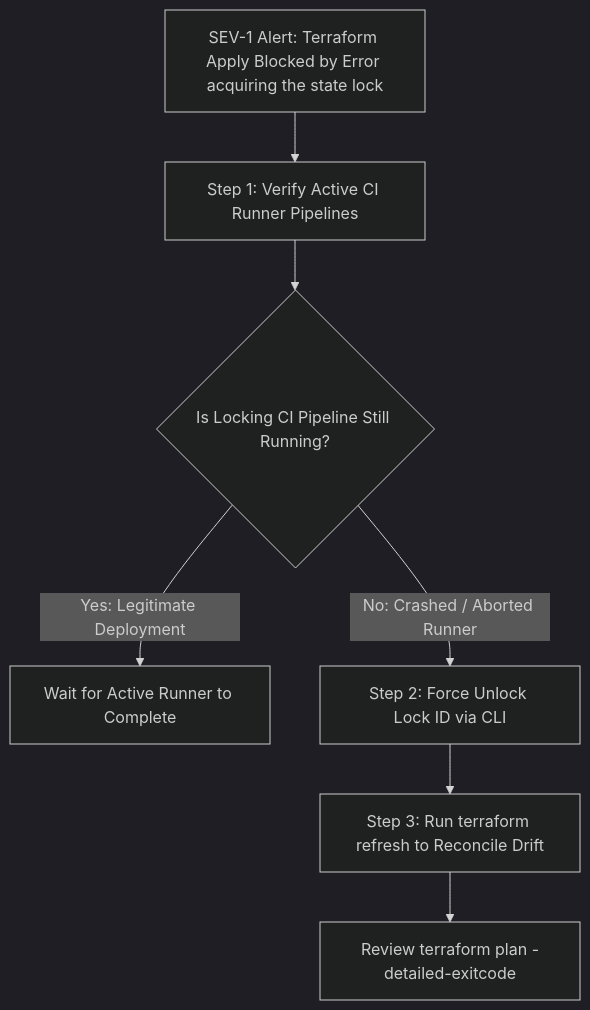
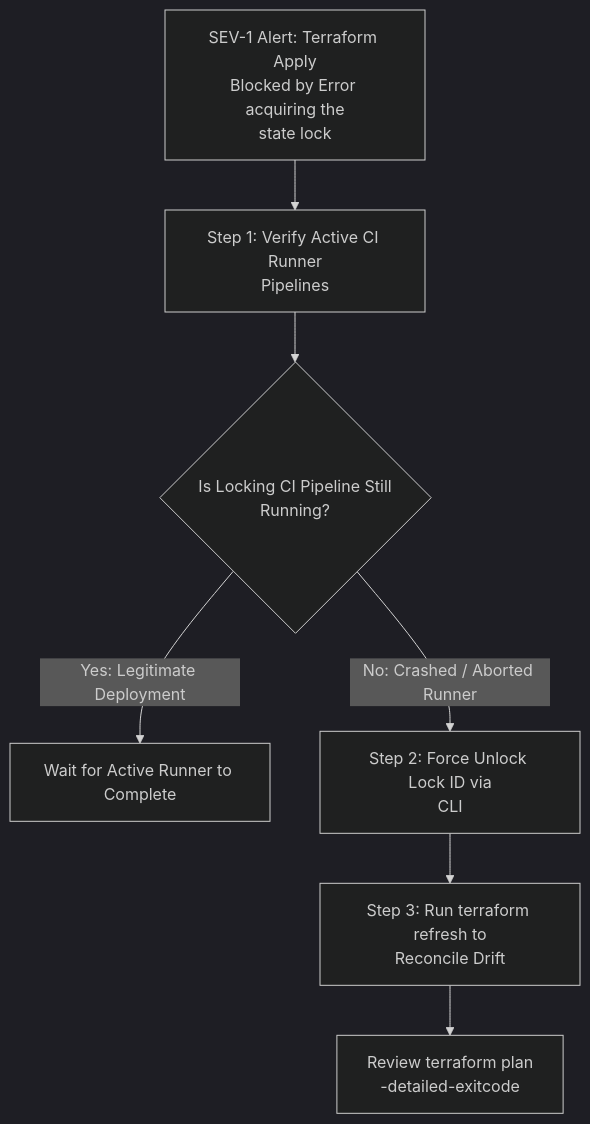
Before and after one commit to santoshjammi29/dataops-cicd-handbook: the diagram in runbooks/01_iac_state_lock_and_drift_disaster_recovery.md, drawn with Mermaid (dark theme). The commit also changed 11 other files, not shown here.

Commit message:
fix(diagrams): word-wrap labels and escape comparison operators across all diagrams

````diff
--- a/runbooks/01_iac_state_lock_and_drift_disaster_recovery.md
+++ b/runbooks/01_iac_state_lock_and_drift_disaster_recovery.md
@@ -12,11 +12,11 @@
 ```mermaid
 flowchart TD
-    Alert["SEV-1 Alert: Terraform Apply Blocked by Error acquiring the state lock"] --> VerifyRunner["Step 1: Verify Active CI Runner Pipelines"]
-    VerifyRunner --> IsRunnerDead{"Is Locking CI Pipeline Still Running?"}
+    Alert["SEV-1 Alert: Terraform Apply<br/>Blocked by Error acquiring the<br/>state lock"] --> VerifyRunner["Step 1: Verify Active CI Runner<br/>Pipelines"]
+    VerifyRunner --> IsRunnerDead{"Is Locking CI Pipeline Still<br/>Running?"}
 
     IsRunnerDead -->|"Yes: Legitimate Deployment"| WaitPipeline["Wait for Active Runner to Complete"]
-    IsRunnerDead -->|"No: Crashed / Aborted Runner"| ForceUnlock["Step 2: Force Unlock Lock ID via CLI"]
+    IsRunnerDead -->|"No: Crashed / Aborted Runner"| ForceUnlock["Step 2: Force Unlock Lock ID via<br/>CLI"]
 
-    ForceUnlock --> RefreshState["Step 3: Run terraform refresh to Reconcile Drift"]
-    RefreshState --> PlanReview["Review terraform plan -detailed-exitcode"]
+    ForceUnlock --> RefreshState["Step 3: Run terraform refresh to<br/>Reconcile Drift"]
+    RefreshState --> PlanReview["Review terraform plan<br/>-detailed-exitcode"]
 ```
````
